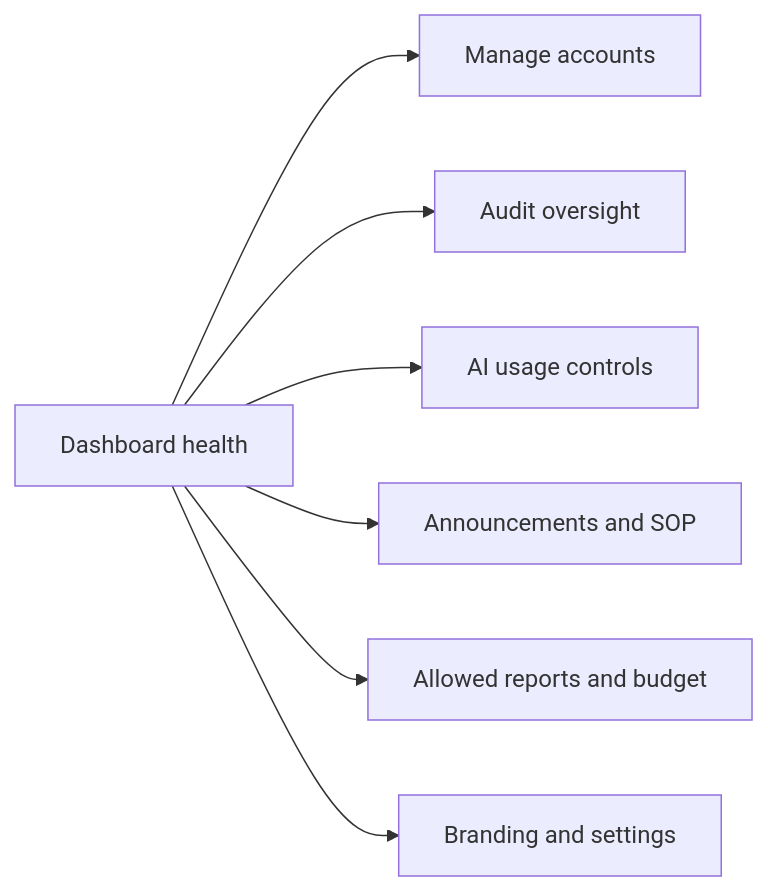
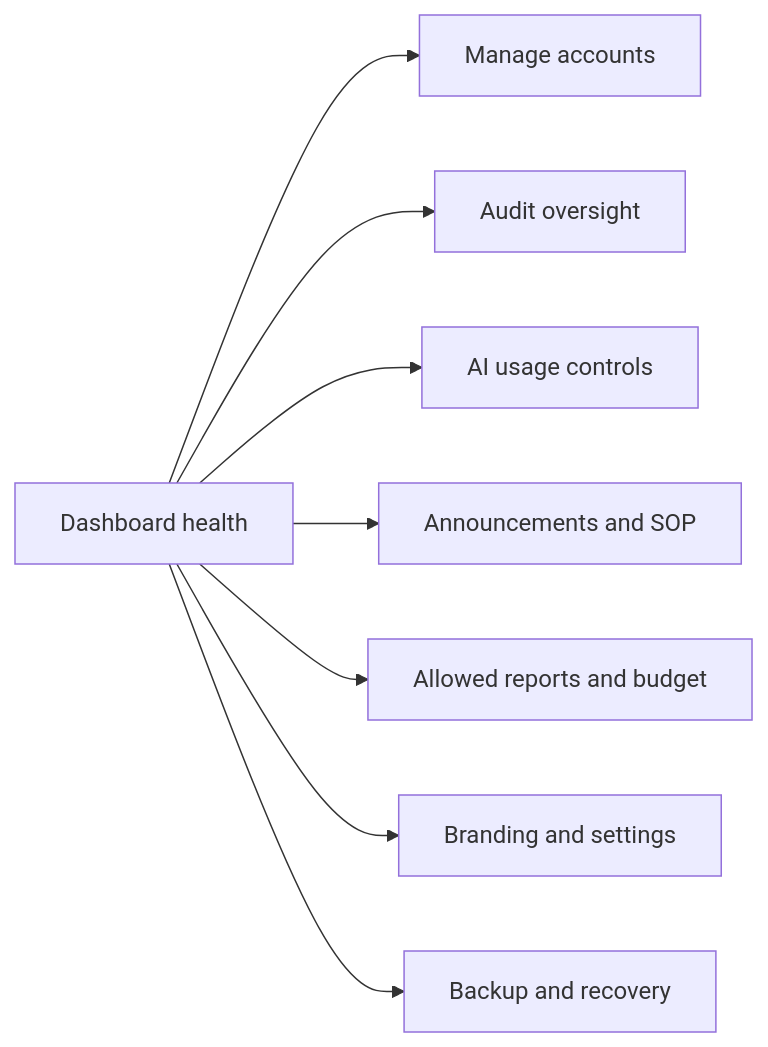
One commit to ja2gc/Nutriscope changed the fourth of 5 diagrams in docs/STORYBOARD.md. Above: the diagram before and after it, drawn with Mermaid. The commit also changed other lines of this file and 4 other files, not shown here.

````diff
--- a/docs/STORYBOARD.md
+++ b/docs/STORYBOARD.md
@@ -116,9 +117,10 @@
 ```mermaid
 flowchart LR
     A["Dashboard health"] --> B["Manage accounts"]
     A --> C["Audit oversight"]
     A --> D["AI usage controls"]
     A --> E["Announcements and SOP"]
     A --> F["Allowed reports and budget"]
     A --> G["Branding and settings"]
+    A --> H["Backup and recovery"]
 ```
````
